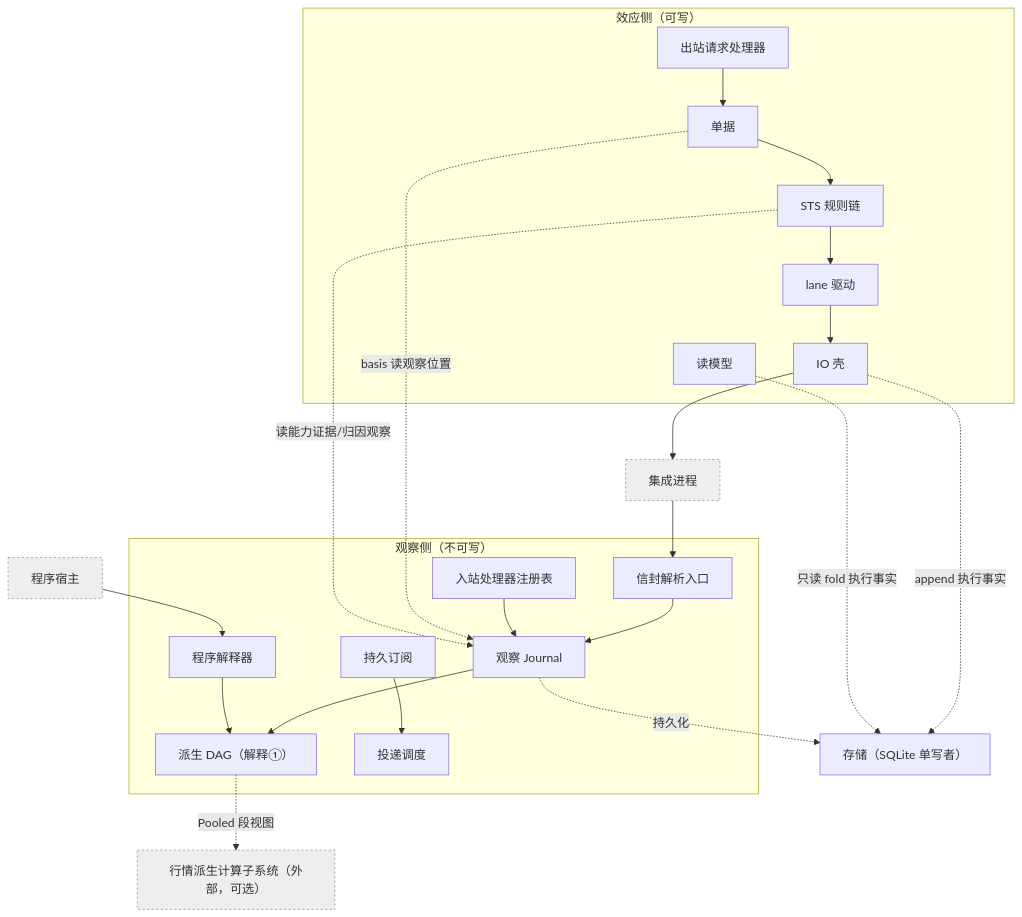
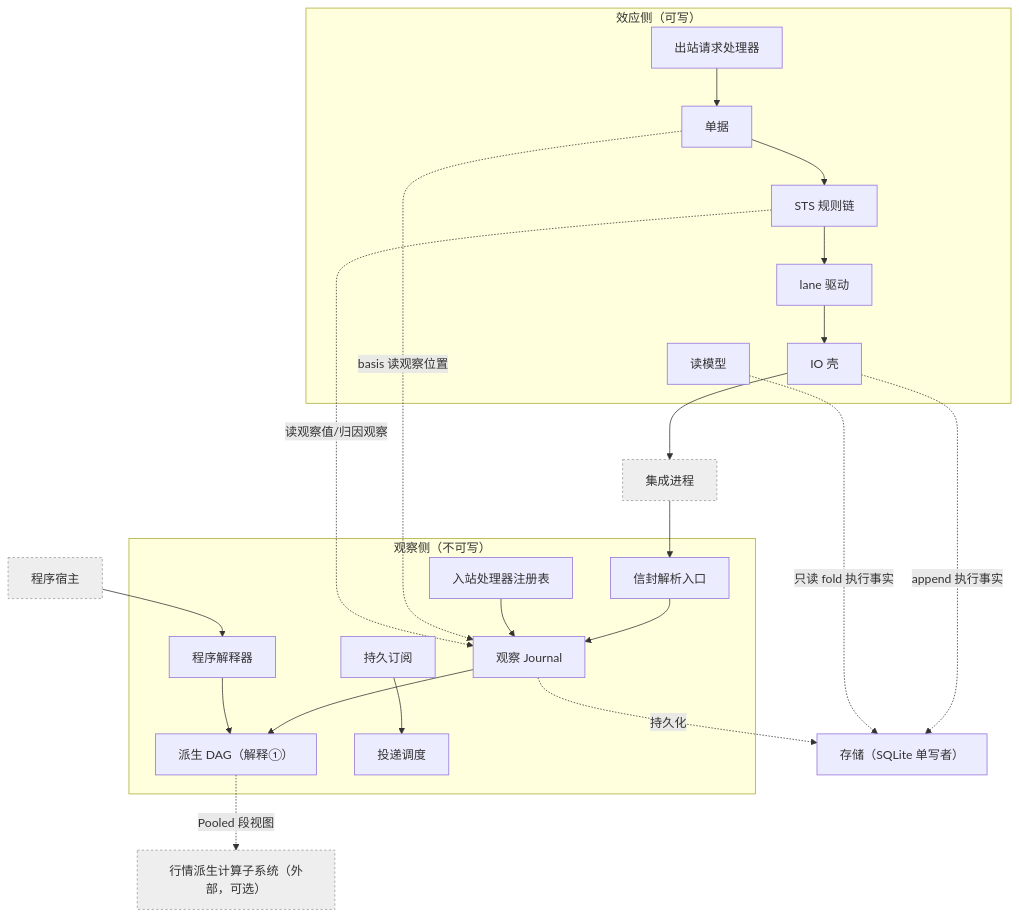
The third of 3 diagrams in design/uta-design.md (mouriya-s-lab/uta), drawn with Mermaid before and after one commit. The commit also changed other lines of this file and 6 other files, not shown here.

````diff
--- a/design/uta-design.md
+++ b/design/uta-design.md
@@ -1298,27 +1300,27 @@
 ```mermaid
 flowchart TB
   subgraph EFFECT["效应侧（可写）"]
     TICKET["单据"] --> STS["STS 规则链"] --> LANE["lane 驱动"] --> IOSHELL["IO 壳"]
     OUTH["出站请求处理器"] --> TICKET
     RM["读模型"]
   end
   subgraph OBSERVE["观察侧（不可写）"]
     ENV["信封解析入口"] --> OJ["观察 Journal"]
     OJ --> DAG["派生 DAG（解释①）"]
     SUB["持久订阅"] --> DELIV["投递调度"]
     INH["入站处理器注册表"] --> OJ
     PROG["程序解释器"] --> DAG
   end
   INT["集成进程"] --> ENV
   HOST["程序宿主"] --> PROG
   IOSHELL --> INT
   STORE["存储（SQLite 单写者）"]
   TICKET -.basis 读观察位置.-> OJ
-  STS -.读能力证据/归因观察.-> OJ
+  STS -.读观察值/归因观察.-> OJ
   IOSHELL -.append 执行事实.-> STORE
   OJ -.持久化.-> STORE
   RM -.只读 fold 执行事实.-> STORE
   DAG -. Pooled 段视图 .-> HPC["行情派生计算子系统（外部，可选）"]
   classDef ext fill:#eee,stroke:#999,stroke-dasharray:3;
   class HPC,INT,HOST ext;
 ```
````
